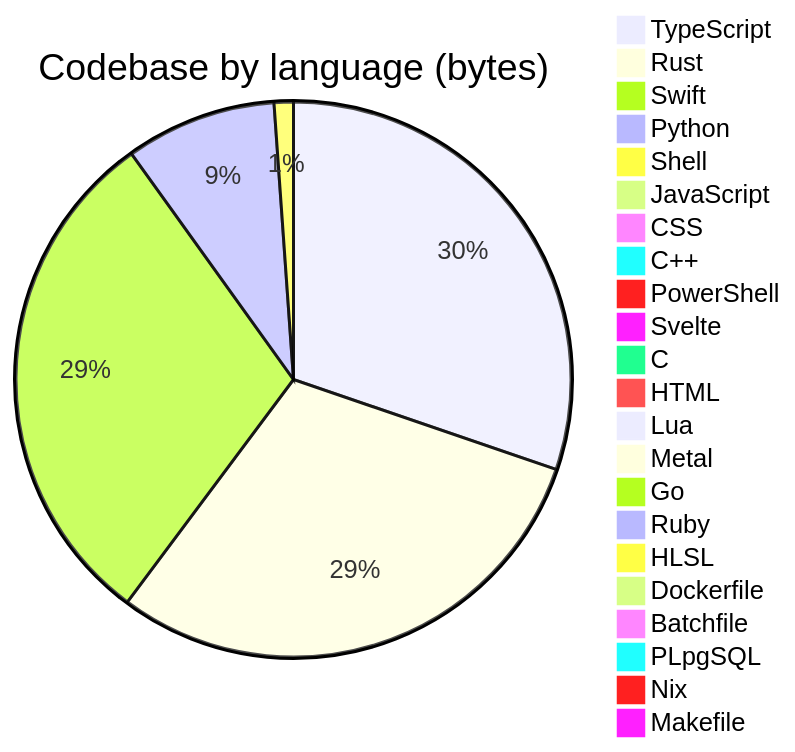
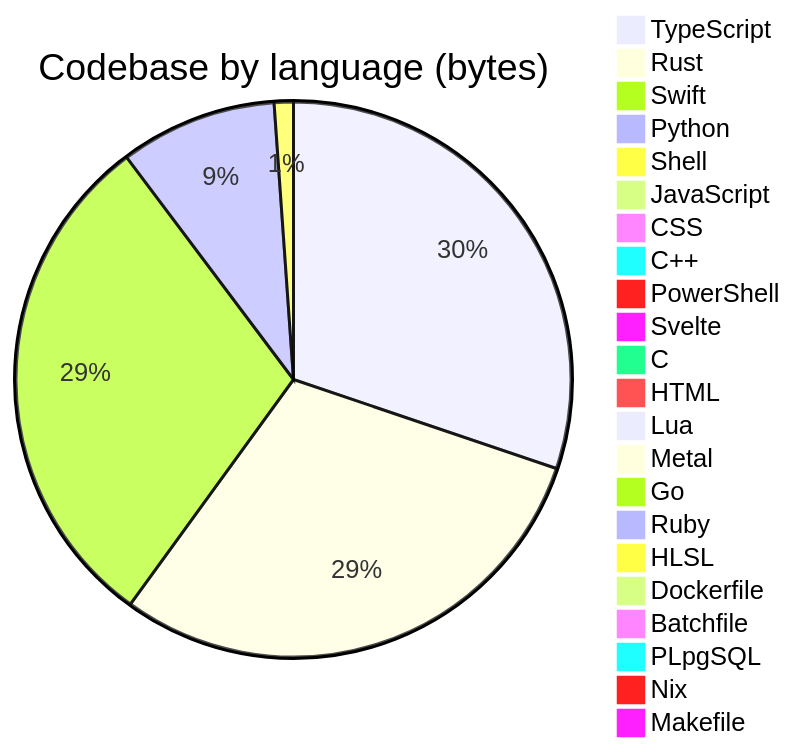
One commit to Open330/.github changed the diagram in profile/README.md. Above: the diagram before and after it, drawn with Mermaid. The commit also changed other lines of this file and 1 other file, not shown here.

````diff
--- a/profile/README.md
+++ b/profile/README.md
@@ -139,25 +139,25 @@
 ```mermaid
 pie title Codebase by language (bytes)
-    "TypeScript" : 39476065
+    "TypeScript" : 39614069
     "Rust" : 39091164
-    "Swift" : 38999940
-    "Python" : 11461108
-    "Shell" : 1464471
-    "JavaScript" : 986947
-    "CSS" : 521507
+    "Swift" : 39029785
+    "Python" : 11982274
+    "Shell" : 1465597
+    "JavaScript" : 993237
+    "CSS" : 534317
     "C++" : 388775
     "PowerShell" : 333788
     "Svelte" : 275766
     "C" : 197825
     "HTML" : 179522
     "Lua" : 48814
     "Metal" : 33192
     "Go" : 22811
     "Ruby" : 9499
     "HLSL" : 7527
     "Dockerfile" : 7454
     "Batchfile" : 5660
     "PLpgSQL" : 5283
     "Nix" : 3168
     "Makefile" : 1692
 ```
````
